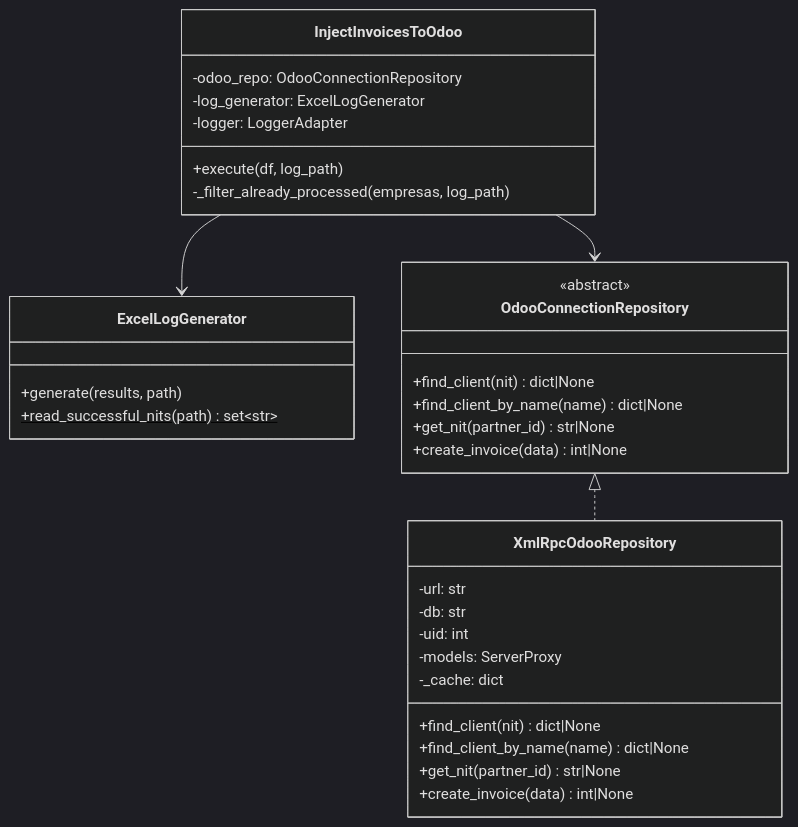
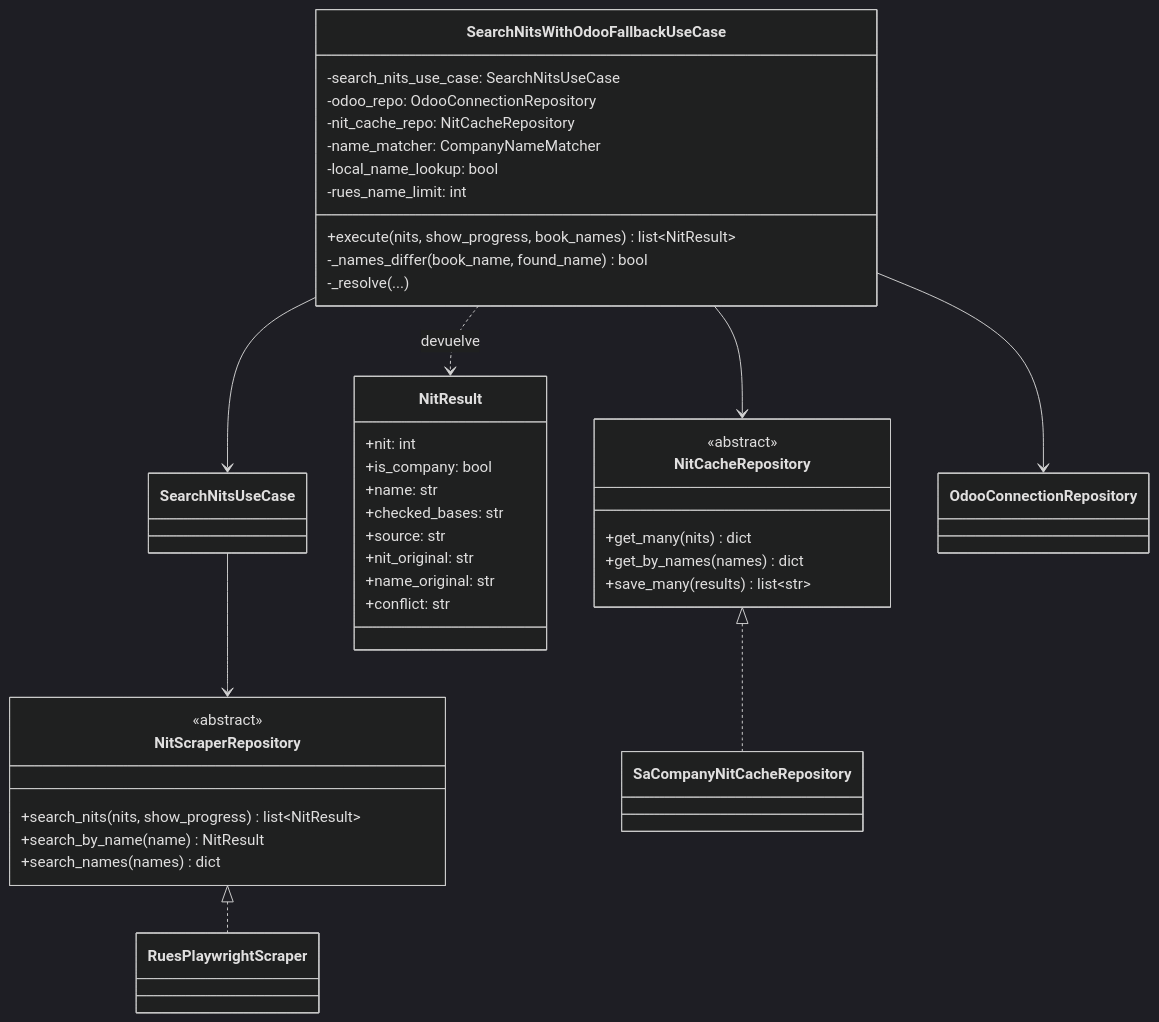
Before and after one commit to santo2409/Facturacion: the fifth of 12 diagrams in docs/c4-diagrams.md, drawn with Mermaid (dark theme). The commit also changed other lines of this file, not shown here.

Commit message:
docs(c4-diagrams): update architectural diagrams and flowcharts for clarity and detail

````diff
--- a/docs/c4-diagrams.md
+++ b/docs/c4-diagrams.md
@@ -198,39 +226,47 @@
 ```mermaid
 classDiagram
-    class InjectInvoicesToOdoo {
+    class SearchNitsWithOdooFallbackUseCase {
+        -search_nits_use_case: SearchNitsUseCase
         -odoo_repo: OdooConnectionRepository
-        -log_generator: ExcelLogGenerator
-        -logger: LoggerAdapter
-        +execute(df, log_path)
-        -_filter_already_processed(empresas, log_path)
+        -nit_cache_repo: NitCacheRepository
+        -name_matcher: CompanyNameMatcher
+        -local_name_lookup: bool
+        -rues_name_limit: int
+        +execute(nits, show_progress, book_names) list~NitResult~
+        -_names_differ(book_name, found_name) bool
+        -_resolve(...)
     }
 
-    class ExcelLogGenerator {
-        +generate(results, path)
-        +read_successful_nits(path)$ set~str~
+    class NitScraperRepository {
+        <<abstract>>
+        +search_nits(nits, show_progress) list~NitResult~
+        +search_by_name(name) NitResult
+        +search_names(names) dict
     }
 
-    class OdooConnectionRepository {
+    class NitCacheRepository {
         <<abstract>>
-        +find_client(nit) dict|None
-        +find_client_by_name(name) dict|None
-        +get_nit(partner_id) str|None
-        +create_invoice(data) int|None
+        +get_many(nits) dict
+        +get_by_names(names) dict
+        +save_many(results) list~str~
     }
 
-    class XmlRpcOdooRepository {
-        -url: str
-        -db: str
-        -uid: int
-        -models: ServerProxy
-        -_cache: dict
-        +find_client(nit) dict|None
-        +find_client_by_name(name) dict|None
-        +get_nit(partner_id) str|None
-        +create_invoice(data) int|None
+    class NitResult {
+        +nit: int
+        +is_company: bool
+        +name: str
+        +checked_bases: str
+        +source: str
+        +nit_original: str
+        +name_original: str
+        +conflict: str
     }
 
-    InjectInvoicesToOdoo --> OdooConnectionRepository
-    InjectInvoicesToOdoo --> ExcelLogGenerator
-    OdooConnectionRepository <|.. XmlRpcOdooRepository
+    SearchNitsWithOdooFallbackUseCase --> SearchNitsUseCase
+    SearchNitsWithOdooFallbackUseCase --> NitCacheRepository
+    SearchNitsWithOdooFallbackUseCase --> OdooConnectionRepository
+    SearchNitsUseCase --> NitScraperRepository
+    NitScraperRepository <|.. RuesPlaywrightScraper
+    NitCacheRepository <|.. SaCompanyNitCacheRepository
+    SearchNitsWithOdooFallbackUseCase ..> NitResult : devuelve
 ```
````
